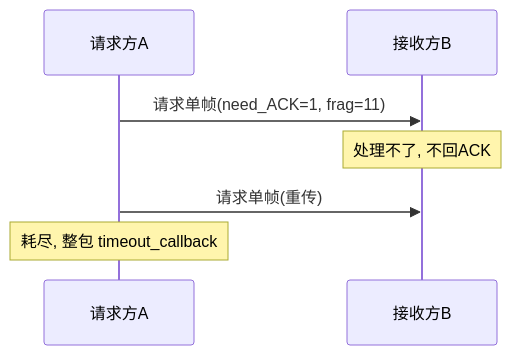
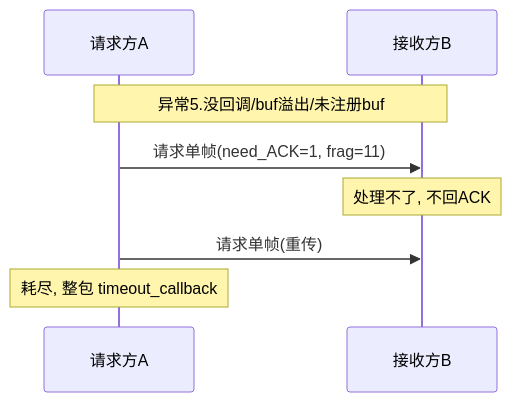
Diagram 11 of 13 in 工作/项目/代码/260401S3分拣面板-SIA-R9000P.md (Siaiai/ObsidianNote), drawn with Mermaid before and after one commit. The commit also changed other lines of this file and 1 other file, not shown here.

````diff
--- a/工作/项目/代码/260401S3分拣面板-SIA-R9000P.md
+++ b/工作/项目/代码/260401S3分拣面板-SIA-R9000P.md
@@ -244,9 +253,10 @@
 ```mermaid
 sequenceDiagram
     participant A as 请求方A
     participant B as 接收方B
+    Note over A,B: 异常5.没回调/buf溢出/未注册buf
     A->>B: 请求单帧(need_ACK=1, frag=11)
     Note over B: 处理不了, 不回ACK
     A->>B: 请求单帧(重传)
     Note over A: 耗尽, 整包 timeout_callback
 ```
````
